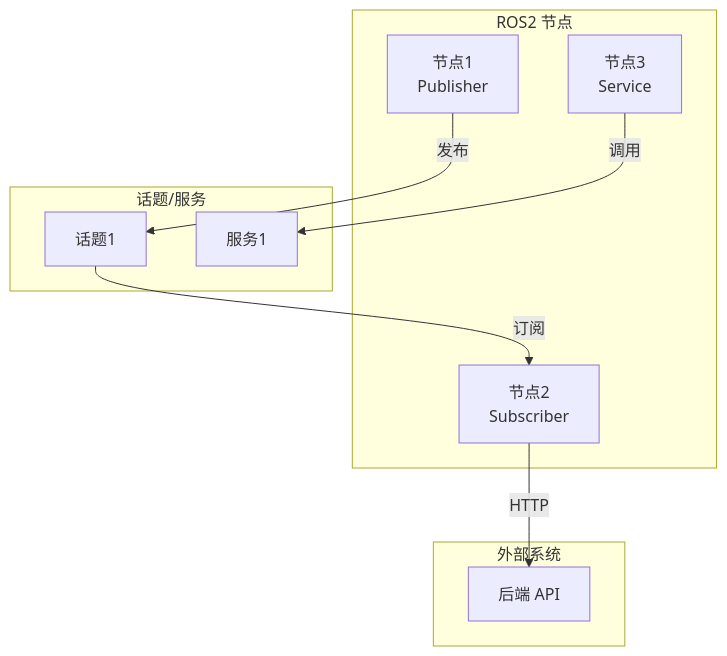
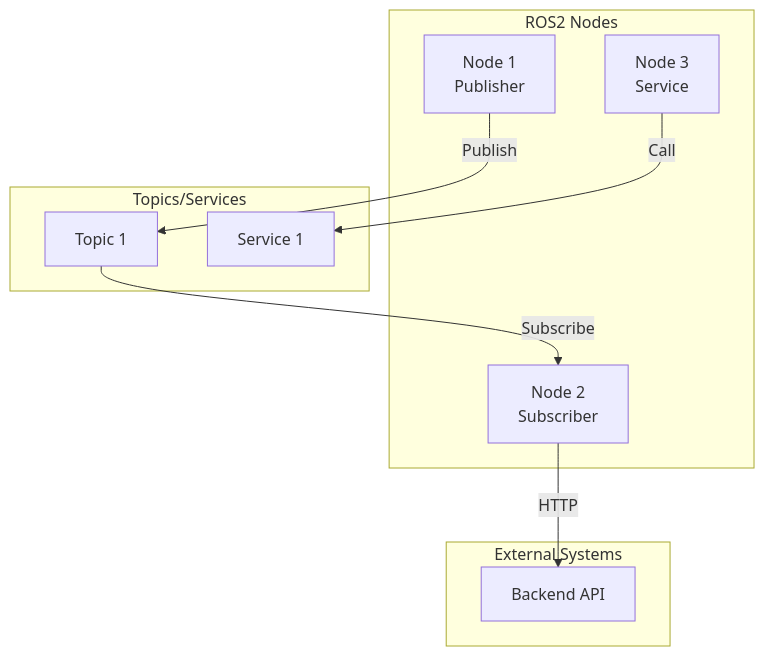
One commit to Konggou/my_skills changed the fourth of 7 diagrams in custom/project-framework-analyzer/assets/framework-diagram-template.md. Above: the diagram before and after it, drawn with Mermaid. The commit also changed other lines of this file and 6 other files, not shown here.

````diff
--- a/custom/project-framework-analyzer/assets/framework-diagram-template.md
+++ b/custom/project-framework-analyzer/assets/framework-diagram-template.md
@@ -81,22 +81,22 @@
 ```mermaid
 graph TB
-    subgraph "ROS2 节点"
-        N1[节点1<br/>Publisher]
-        N2[节点2<br/>Subscriber]
-        N3[节点3<br/>Service]
+    subgraph "ROS2 Nodes"
+        N1[Node 1<br/>Publisher]
+        N2[Node 2<br/>Subscriber]
+        N3[Node 3<br/>Service]
     end
     
-    subgraph "话题/服务"
-        T1[话题1]
-        S1[服务1]
+    subgraph "Topics/Services"
+        T1[Topic 1]
+        S1[Service 1]
     end
     
-    subgraph "外部系统"
-        API[后端 API]
+    subgraph "External Systems"
+        API[Backend API]
     end
     
-    N1 -->|发布| T1
-    T1 -->|订阅| N2
-    N3 -->|调用| S1
+    N1 -->|Publish| T1
+    T1 -->|Subscribe| N2
+    N3 -->|Call| S1
     N2 -->|HTTP| API
 ```
````
